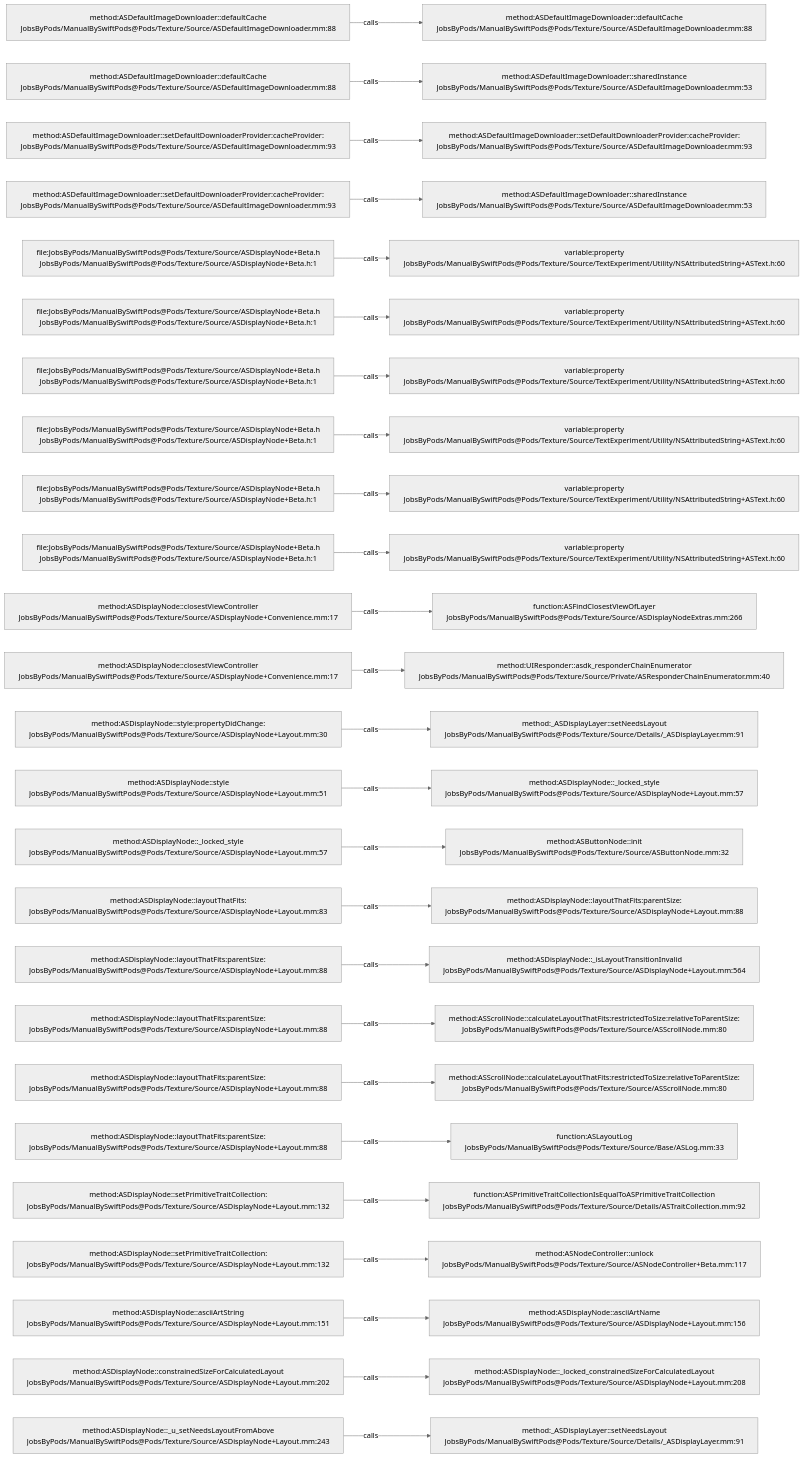
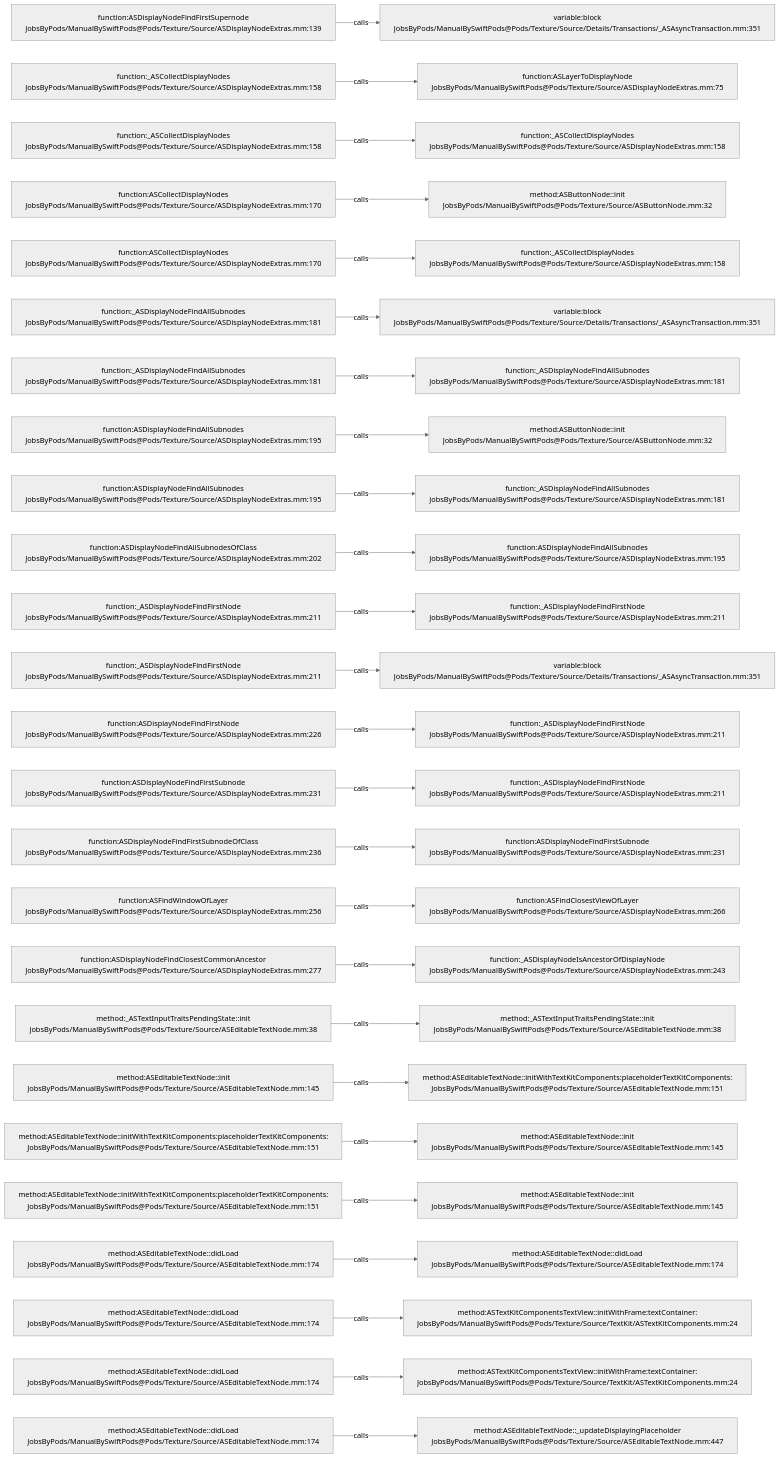
Before and after one commit to JobsKits/JobsSwiftBaseConfigDemo: the diagram in .codegraph/codegraph.md/graphs/calls-039.md, drawn with Mermaid (neutral theme). The commit also changed 832 other files, not shown here.

````diff
--- a/.codegraph/codegraph.md/graphs/calls-039.md
+++ b/.codegraph/codegraph.md/graphs/calls-039.md
@@ -13,78 +13,78 @@
 ```mermaid
 flowchart LR
-  S1["method:ASDefaultImageDownloader::defaultCache<br/>JobsByPods/ManualBySwiftPods@Pods/Texture/Source/ASDefaultImageDownloader.mm:88"]
-  T1["method:ASDefaultImageDownloader::defaultCache<br/>JobsByPods/ManualBySwiftPods@Pods/Texture/Source/ASDefaultImageDownloader.mm:88"]
+  S1["function:ASDisplayNodeFindFirstSupernode<br/>JobsByPods/ManualBySwiftPods@Pods/Texture/Source/ASDisplayNodeExtras.mm:139"]
+  T1["variable:block<br/>JobsByPods/ManualBySwiftPods@Pods/Texture/Source/Details/Transactions/_ASAsyncTransaction.mm:351"]
   S1 -->|calls| T1
-  S2["method:ASDefaultImageDownloader::defaultCache<br/>JobsByPods/ManualBySwiftPods@Pods/Texture/Source/ASDefaultImageDownloader.mm:88"]
-  T2["method:ASDefaultImageDownloader::sharedInstance<br/>JobsByPods/ManualBySwiftPods@Pods/Texture/Source/ASDefaultImageDownloader.mm:53"]
+  S2["function:_ASCollectDisplayNodes<br/>JobsByPods/ManualBySwiftPods@Pods/Texture/Source/ASDisplayNodeExtras.mm:158"]
+  T2["function:ASLayerToDisplayNode<br/>JobsByPods/ManualBySwiftPods@Pods/Texture/Source/ASDisplayNodeExtras.mm:75"]
   S2 -->|calls| T2
-  S3["method:ASDefaultImageDownloader::setDefaultDownloaderProvider:cacheProvider:<br/>JobsByPods/ManualBySwiftPods@Pods/Texture/Source/ASDefaultImageDownloader.mm:93"]
-  T3["method:ASDefaultImageDownloader::setDefaultDownloaderProvider:cacheProvider:<br/>JobsByPods/ManualBySwiftPods@Pods/Texture/Source/ASDefaultImageDownloader.mm:93"]
+  S3["function:_ASCollectDisplayNodes<br/>JobsByPods/ManualBySwiftPods@Pods/Texture/Source/ASDisplayNodeExtras.mm:158"]
+  T3["function:_ASCollectDisplayNodes<br/>JobsByPods/ManualBySwiftPods@Pods/Texture/Source/ASDisplayNodeExtras.mm:158"]
   S3 -->|calls| T3
-  S4["method:ASDefaultImageDownloader::setDefaultDownloaderProvider:cacheProvider:<br/>JobsByPods/ManualBySwiftPods@Pods/Texture/Source/ASDefaultImageDownloader.mm:93"]
-  T4["method:ASDefaultImageDownloader::sharedInstance<br/>JobsByPods/ManualBySwiftPods@Pods/Texture/Source/ASDefaultImageDownloader.mm:53"]
+  S4["function:ASCollectDisplayNodes<br/>JobsByPods/ManualBySwiftPods@Pods/Texture/Source/ASDisplayNodeExtras.mm:170"]
+  T4["method:ASButtonNode::init<br/>JobsByPods/ManualBySwiftPods@Pods/Texture/Source/ASButtonNode.mm:32"]
   S4 -->|calls| T4
-  S5["file:JobsByPods/ManualBySwiftPods@Pods/Texture/Source/ASDisplayNode+Beta.h<br/>JobsByPods/ManualBySwiftPods@Pods/Texture/Source/ASDisplayNode+Beta.h:1"]
-  T5["variable:property<br/>JobsByPods/ManualBySwiftPods@Pods/Texture/Source/TextExperiment/Utility/NSAttributedString+ASText.h:60"]
+  S5["function:ASCollectDisplayNodes<br/>JobsByPods/ManualBySwiftPods@Pods/Texture/Source/ASDisplayNodeExtras.mm:170"]
+  T5["function:_ASCollectDisplayNodes<br/>JobsByPods/ManualBySwiftPods@Pods/Texture/Source/ASDisplayNodeExtras.mm:158"]
   S5 -->|calls| T5
-  S6["file:JobsByPods/ManualBySwiftPods@Pods/Texture/Source/ASDisplayNode+Beta.h<br/>JobsByPods/ManualBySwiftPods@Pods/Texture/Source/ASDisplayNode+Beta.h:1"]
-  T6["variable:property<br/>JobsByPods/ManualBySwiftPods@Pods/Texture/Source/TextExperiment/Utility/NSAttributedString+ASText.h:60"]
+  S6["function:_ASDisplayNodeFindAllSubnodes<br/>JobsByPods/ManualBySwiftPods@Pods/Texture/Source/ASDisplayNodeExtras.mm:181"]
+  T6["variable:block<br/>JobsByPods/ManualBySwiftPods@Pods/Texture/Source/Details/Transactions/_ASAsyncTransaction.mm:351"]
   S6 -->|calls| T6
-  S7["file:JobsByPods/ManualBySwiftPods@Pods/Texture/Source/ASDisplayNode+Beta.h<br/>JobsByPods/ManualBySwiftPods@Pods/Texture/Source/ASDisplayNode+Beta.h:1"]
-  T7["variable:property<br/>JobsByPods/ManualBySwiftPods@Pods/Texture/Source/TextExperiment/Utility/NSAttributedString+ASText.h:60"]
+  S7["function:_ASDisplayNodeFindAllSubnodes<br/>JobsByPods/ManualBySwiftPods@Pods/Texture/Source/ASDisplayNodeExtras.mm:181"]
+  T7["function:_ASDisplayNodeFindAllSubnodes<br/>JobsByPods/ManualBySwiftPods@Pods/Texture/Source/ASDisplayNodeExtras.mm:181"]
   S7 -->|calls| T7
-  S8["file:JobsByPods/ManualBySwiftPods@Pods/Texture/Source/ASDisplayNode+Beta.h<br/>JobsByPods/ManualBySwiftPods@Pods/Texture/Source/ASDisplayNode+Beta.h:1"]
-  T8["variable:property<br/>JobsByPods/ManualBySwiftPods@Pods/Texture/Source/TextExperiment/Utility/NSAttributedString+ASText.h:60"]
+  S8["function:ASDisplayNodeFindAllSubnodes<br/>JobsByPods/ManualBySwiftPods@Pods/Texture/Source/ASDisplayNodeExtras.mm:195"]
+  T8["method:ASButtonNode::init<br/>JobsByPods/ManualBySwiftPods@Pods/Texture/Source/ASButtonNode.mm:32"]
   S8 -->|calls| T8
-  S9["file:JobsByPods/ManualBySwiftPods@Pods/Texture/Source/ASDisplayNode+Beta.h<br/>JobsByPods/ManualBySwiftPods@Pods/Texture/Source/ASDisplayNode+Beta.h:1"]
-  T9["variable:property<br/>JobsByPods/ManualBySwiftPods@Pods/Texture/Source/TextExperiment/Utility/NSAttributedString+ASText.h:60"]
+  S9["function:ASDisplayNodeFindAllSubnodes<br/>JobsByPods/ManualBySwiftPods@Pods/Texture/Source/ASDisplayNodeExtras.mm:195"]
+  T9["function:_ASDisplayNodeFindAllSubnodes<br/>JobsByPods/ManualBySwiftPods@Pods/Texture/Source/ASDisplayNodeExtras.mm:181"]
   S9 -->|calls| T9
-  S10["file:JobsByPods/ManualBySwiftPods@Pods/Texture/Source/ASDisplayNode+Beta.h<br/>JobsByPods/ManualBySwiftPods@Pods/Texture/Source/ASDisplayNode+Beta.h:1"]
-  T10["variable:property<br/>JobsByPods/ManualBySwiftPods@Pods/Texture/Source/TextExperiment/Utility/NSAttributedString+ASText.h:60"]
+  S10["function:ASDisplayNodeFindAllSubnodesOfClass<br/>JobsByPods/ManualBySwiftPods@Pods/Texture/Source/ASDisplayNodeExtras.mm:202"]
+  T10["function:ASDisplayNodeFindAllSubnodes<br/>JobsByPods/ManualBySwiftPods@Pods/Texture/Source/ASDisplayNodeExtras.mm:195"]
   S10 -->|calls| T10
-  S11["method:ASDisplayNode::closestViewController<br/>JobsByPods/ManualBySwiftPods@Pods/Texture/Source/ASDisplayNode+Convenience.mm:17"]
-  T11["function:ASFindClosestViewOfLayer<br/>JobsByPods/ManualBySwiftPods@Pods/Texture/Source/ASDisplayNodeExtras.mm:266"]
+  S11["function:_ASDisplayNodeFindFirstNode<br/>JobsByPods/ManualBySwiftPods@Pods/Texture/Source/ASDisplayNodeExtras.mm:211"]
+  T11["function:_ASDisplayNodeFindFirstNode<br/>JobsByPods/ManualBySwiftPods@Pods/Texture/Source/ASDisplayNodeExtras.mm:211"]
   S11 -->|calls| T11
-  S12["method:ASDisplayNode::closestViewController<br/>JobsByPods/ManualBySwiftPods@Pods/Texture/Source/ASDisplayNode+Convenience.mm:17"]
-  T12["method:UIResponder::asdk_responderChainEnumerator<br/>JobsByPods/ManualBySwiftPods@Pods/Texture/Source/Private/ASResponderChainEnumerator.mm:40"]
+  S12["function:_ASDisplayNodeFindFirstNode<br/>JobsByPods/ManualBySwiftPods@Pods/Texture/Source/ASDisplayNodeExtras.mm:211"]
+  T12["variable:block<br/>JobsByPods/ManualBySwiftPods@Pods/Texture/Source/Details/Transactions/_ASAsyncTransaction.mm:351"]
   S12 -->|calls| T12
-  S13["method:ASDisplayNode::style:propertyDidChange:<br/>JobsByPods/ManualBySwiftPods@Pods/Texture/Source/ASDisplayNode+Layout.mm:30"]
-  T13["method:_ASDisplayLayer::setNeedsLayout<br/>JobsByPods/ManualBySwiftPods@Pods/Texture/Source/Details/_ASDisplayLayer.mm:91"]
+  S13["function:ASDisplayNodeFindFirstNode<br/>JobsByPods/ManualBySwiftPods@Pods/Texture/Source/ASDisplayNodeExtras.mm:226"]
+  T13["function:_ASDisplayNodeFindFirstNode<br/>JobsByPods/ManualBySwiftPods@Pods/Texture/Source/ASDisplayNodeExtras.mm:211"]
   S13 -->|calls| T13
-  S14["method:ASDisplayNode::style<br/>JobsByPods/ManualBySwiftPods@Pods/Texture/Source/ASDisplayNode+Layout.mm:51"]
-  T14["method:ASDisplayNode::_locked_style<br/>JobsByPods/ManualBySwiftPods@Pods/Texture/Source/ASDisplayNode+Layout.mm:57"]
+  S14["function:ASDisplayNodeFindFirstSubnode<br/>JobsByPods/ManualBySwiftPods@Pods/Texture/Source/ASDisplayNodeExtras.mm:231"]
+  T14["function:_ASDisplayNodeFindFirstNode<br/>JobsByPods/ManualBySwiftPods@Pods/Texture/Source/ASDisplayNodeExtras.mm:211"]
   S14 -->|calls| T14
-  S15["method:ASDisplayNode::_locked_style<br/>JobsByPods/ManualBySwiftPods@Pods/Texture/Source/ASDisplayNode+Layout.mm:57"]
-  T15["method:ASButtonNode::init<br/>JobsByPods/ManualBySwiftPods@Pods/Texture/Source/ASButtonNode.mm:32"]
+  S15["function:ASDisplayNodeFindFirstSubnodeOfClass<br/>JobsByPods/ManualBySwiftPods@Pods/Texture/Source/ASDisplayNodeExtras.mm:236"]
+  T15["function:ASDisplayNodeFindFirstSubnode<br/>JobsByPods/ManualBySwiftPods@Pods/Texture/Source/ASDisplayNodeExtras.mm:231"]
   S15 -->|calls| T15
-  S16["method:ASDisplayNode::layoutThatFits:<br/>JobsByPods/ManualBySwiftPods@Pods/Texture/Source/ASDisplayNode+Layout.mm:83"]
-  T16["method:ASDisplayNode::layoutThatFits:parentSize:<br/>JobsByPods/ManualBySwiftPods@Pods/Texture/Source/ASDisplayNode+Layout.mm:88"]
+  S16["function:ASFindWindowOfLayer<br/>JobsByPods/ManualBySwiftPods@Pods/Texture/Source/ASDisplayNodeExtras.mm:256"]
+  T16["function:ASFindClosestViewOfLayer<br/>JobsByPods/ManualBySwiftPods@Pods/Texture/Source/ASDisplayNodeExtras.mm:266"]
   S16 -->|calls| T16
-  S17["method:ASDisplayNode::layoutThatFits:parentSize:<br/>JobsByPods/ManualBySwiftPods@Pods/Texture/Source/ASDisplayNode+Layout.mm:88"]
-  T17["method:ASDisplayNode::_isLayoutTransitionInvalid<br/>JobsByPods/ManualBySwiftPods@Pods/Texture/Source/ASDisplayNode+Layout.mm:564"]
+  S17["function:ASDisplayNodeFindClosestCommonAncestor<br/>JobsByPods/ManualBySwiftPods@Pods/Texture/Source/ASDisplayNodeExtras.mm:277"]
+  T17["function:_ASDisplayNodeIsAncestorOfDisplayNode<br/>JobsByPods/ManualBySwiftPods@Pods/Texture/Source/ASDisplayNodeExtras.mm:243"]
   S17 -->|calls| T17
-  S18["method:ASDisplayNode::layoutThatFits:parentSize:<br/>JobsByPods/ManualBySwiftPods@Pods/Texture/Source/ASDisplayNode+Layout.mm:88"]
-  T18["method:ASScrollNode::calculateLayoutThatFits:restrictedToSize:relativeToParentSize:<br/>JobsByPods/ManualBySwiftPods@Pods/Texture/Source/ASScrollNode.mm:80"]
+  S18["method:_ASTextInputTraitsPendingState::init<br/>JobsByPods/ManualBySwiftPods@Pods/Texture/Source/ASEditableTextNode.mm:38"]
+  T18["method:_ASTextInputTraitsPendingState::init<br/>JobsByPods/ManualBySwiftPods@Pods/Texture/Source/ASEditableTextNode.mm:38"]
   S18 -->|calls| T18
-  S19["method:ASDisplayNode::layoutThatFits:parentSize:<br/>JobsByPods/ManualBySwiftPods@Pods/Texture/Source/ASDisplayNode+Layout.mm:88"]
-  T19["method:ASScrollNode::calculateLayoutThatFits:restrictedToSize:relativeToParentSize:<br/>JobsByPods/ManualBySwiftPods@Pods/Texture/Source/ASScrollNode.mm:80"]
+  S19["method:ASEditableTextNode::init<br/>JobsByPods/ManualBySwiftPods@Pods/Texture/Source/ASEditableTextNode.mm:145"]
+  T19["method:ASEditableTextNode::initWithTextKitComponents:placeholderTextKitComponents:<br/>JobsByPods/ManualBySwiftPods@Pods/Texture/Source/ASEditableTextNode.mm:151"]
   S19 -->|calls| T19
-  S20["method:ASDisplayNode::layoutThatFits:parentSize:<br/>JobsByPods/ManualBySwiftPods@Pods/Texture/Source/ASDisplayNode+Layout.mm:88"]
-  T20["function:ASLayoutLog<br/>JobsByPods/ManualBySwiftPods@Pods/Texture/Source/Base/ASLog.mm:33"]
+  S20["method:ASEditableTextNode::initWithTextKitComponents:placeholderTextKitComponents:<br/>JobsByPods/ManualBySwiftPods@Pods/Texture/Source/ASEditableTextNode.mm:151"]
+  T20["method:ASEditableTextNode::init<br/>JobsByPods/ManualBySwiftPods@Pods/Texture/Source/ASEditableTextNode.mm:145"]
   S20 -->|calls| T20
-  S21["method:ASDisplayNode::setPrimitiveTraitCollection:<br/>JobsByPods/ManualBySwiftPods@Pods/Texture/Source/ASDisplayNode+Layout.mm:132"]
-  T21["function:ASPrimitiveTraitCollectionIsEqualToASPrimitiveTraitCollection<br/>JobsByPods/ManualBySwiftPods@Pods/Texture/Source/Details/ASTraitCollection.mm:92"]
+  S21["method:ASEditableTextNode::initWithTextKitComponents:placeholderTextKitComponents:<br/>JobsByPods/ManualBySwiftPods@Pods/Texture/Source/ASEditableTextNode.mm:151"]
+  T21["method:ASEditableTextNode::init<br/>JobsByPods/ManualBySwiftPods@Pods/Texture/Source/ASEditableTextNode.mm:145"]
   S21 -->|calls| T21
-  S22["method:ASDisplayNode::setPrimitiveTraitCollection:<br/>JobsByPods/ManualBySwiftPods@Pods/Texture/Source/ASDisplayNode+Layout.mm:132"]
-  T22["method:ASNodeController::unlock<br/>JobsByPods/ManualBySwiftPods@Pods/Texture/Source/ASNodeController+Beta.mm:117"]
+  S22["method:ASEditableTextNode::didLoad<br/>JobsByPods/ManualBySwiftPods@Pods/Texture/Source/ASEditableTextNode.mm:174"]
+  T22["method:ASEditableTextNode::didLoad<br/>JobsByPods/ManualBySwiftPods@Pods/Texture/Source/ASEditableTextNode.mm:174"]
   S22 -->|calls| T22
-  S23["method:ASDisplayNode::asciiArtString<br/>JobsByPods/ManualBySwiftPods@Pods/Texture/Source/ASDisplayNode+Layout.mm:151"]
-  T23["method:ASDisplayNode::asciiArtName<br/>JobsByPods/ManualBySwiftPods@Pods/Texture/Source/ASDisplayNode+Layout.mm:156"]
+  S23["method:ASEditableTextNode::didLoad<br/>JobsByPods/ManualBySwiftPods@Pods/Texture/Source/ASEditableTextNode.mm:174"]
+  T23["method:ASTextKitComponentsTextView::initWithFrame:textContainer:<br/>JobsByPods/ManualBySwiftPods@Pods/Texture/Source/TextKit/ASTextKitComponents.mm:24"]
   S23 -->|calls| T23
-  S24["method:ASDisplayNode::constrainedSizeForCalculatedLayout<br/>JobsByPods/ManualBySwiftPods@Pods/Texture/Source/ASDisplayNode+Layout.mm:202"]
-  T24["method:ASDisplayNode::_locked_constrainedSizeForCalculatedLayout<br/>JobsByPods/ManualBySwiftPods@Pods/Texture/Source/ASDisplayNode+Layout.mm:208"]
+  S24["method:ASEditableTextNode::didLoad<br/>JobsByPods/ManualBySwiftPods@Pods/Texture/Source/ASEditableTextNode.mm:174"]
+  T24["method:ASTextKitComponentsTextView::initWithFrame:textContainer:<br/>JobsByPods/ManualBySwiftPods@Pods/Texture/Source/TextKit/ASTextKitComponents.mm:24"]
   S24 -->|calls| T24
-  S25["method:ASDisplayNode::_u_setNeedsLayoutFromAbove<br/>JobsByPods/ManualBySwiftPods@Pods/Texture/Source/ASDisplayNode+Layout.mm:243"]
-  T25["method:_ASDisplayLayer::setNeedsLayout<br/>JobsByPods/ManualBySwiftPods@Pods/Texture/Source/Details/_ASDisplayLayer.mm:91"]
+  S25["method:ASEditableTextNode::didLoad<br/>JobsByPods/ManualBySwiftPods@Pods/Texture/Source/ASEditableTextNode.mm:174"]
+  T25["method:ASEditableTextNode::_updateDisplayingPlaceholder<br/>JobsByPods/ManualBySwiftPods@Pods/Texture/Source/ASEditableTextNode.mm:447"]
   S25 -->|calls| T25
 ```
````
